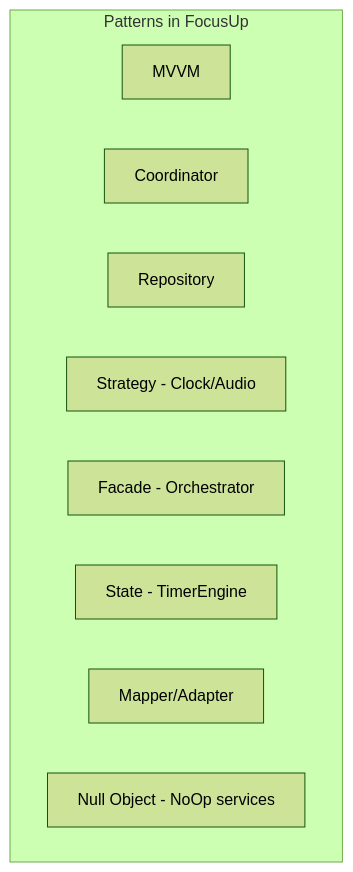
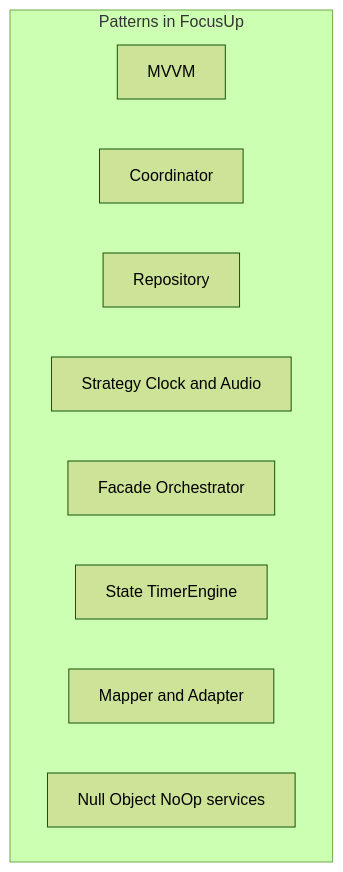
One commit to nguyenquanghuy22041990/FocusUp changed the diagram in docs/interview-guide/10-design-patterns.md. Above: the diagram before and after it, drawn with Mermaid (forest theme). The commit also changed other lines of this file and 30 other files, not shown here.

````diff
--- a/docs/interview-guide/10-design-patterns.md
+++ b/docs/interview-guide/10-design-patterns.md
@@ -203,13 +205,13 @@
 ```mermaid
 flowchart TB
-    subgraph patterns [Patterns in FocusUp]
+    subgraph patterns ["Patterns in FocusUp"]
         MVVM[MVVM]
         COORD[Coordinator]
         REPO[Repository]
-        STRAT[Strategy - Clock/Audio]
-        FACADE[Facade - Orchestrator]
-        STATE[State - TimerEngine]
-        ADAPTER[Mapper/Adapter]
-        NULL[Null Object - NoOp services]
+        STRAT["Strategy Clock and Audio"]
+        FACADE["Facade Orchestrator"]
+        STATE["State TimerEngine"]
+        ADAPTER["Mapper and Adapter"]
+        NULL["Null Object NoOp services"]
     end
 ```
````
